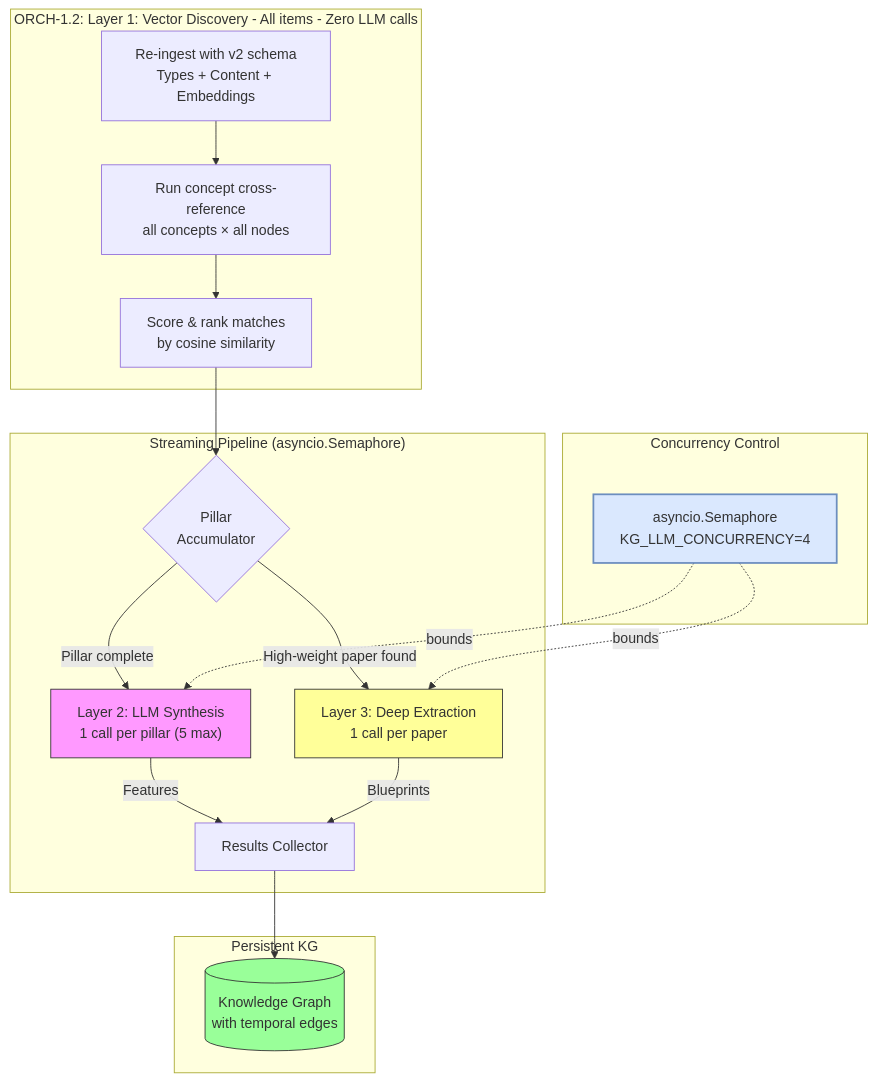
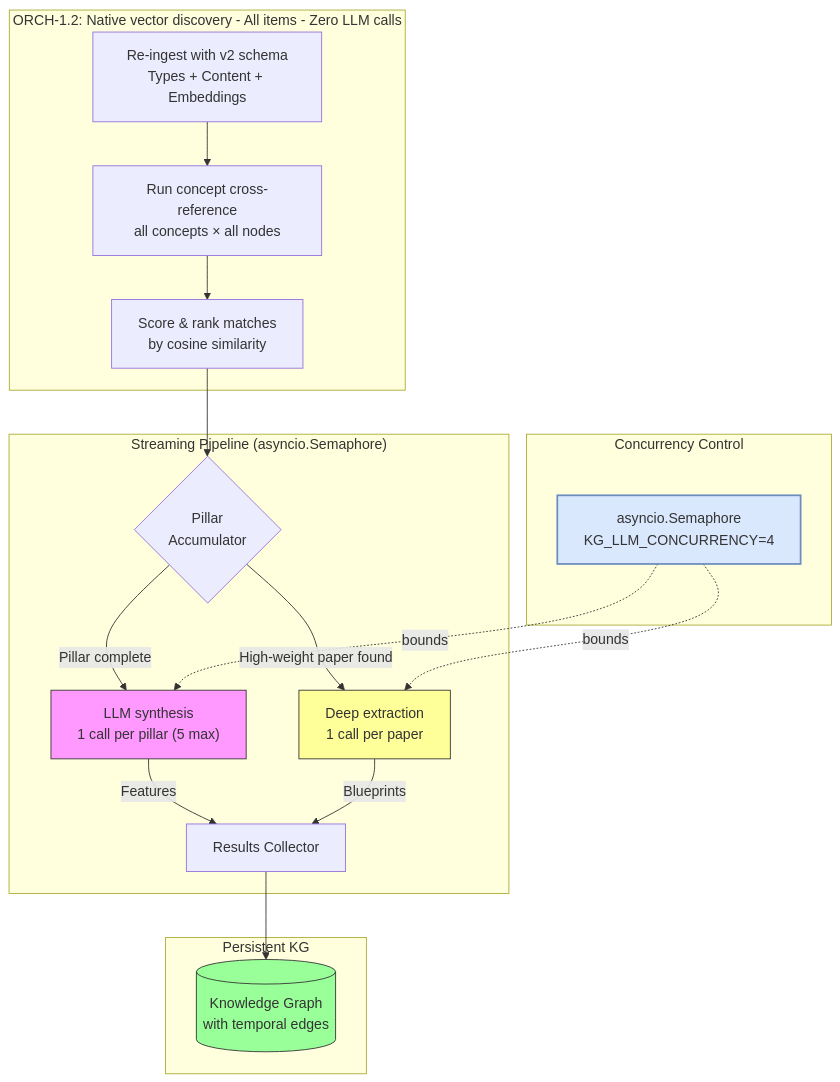
Before and after one commit to Knuckles-Team/agent-utilities: the diagram in docs/architecture/layered_analysis_architecture.md, drawn with Mermaid. The commit also changed other lines of this file and 3818 other files, not shown here.

````diff
--- a/docs/architecture/layered_analysis_architecture.md
+++ b/docs/architecture/layered_analysis_architecture.md
@@ -11,31 +11,31 @@
 ```mermaid
 graph TD
-    subgraph "ORCH-1.2: Layer 1: Vector Discovery - All items - Zero LLM calls"
+    subgraph "ORCH-1.2: Native vector discovery - All items - Zero LLM calls"
         A["Re-ingest with v2 schema<br/>Types + Content + Embeddings"] --> B["Run concept cross-reference<br/>all concepts × all nodes"]
         B --> C["Score & rank matches<br/>by cosine similarity"]
     end
 
     subgraph "Streaming Pipeline (asyncio.Semaphore)"
         C --> ACC{"Pillar<br/>Accumulator"}
 
-        ACC -->|"Pillar complete"| L2["Layer 2: LLM Synthesis<br/>1 call per pillar (5 max)"]
-        ACC -->|"High-weight paper found"| L3["Layer 3: Deep Extraction<br/>1 call per paper"]
+        ACC -->|"Pillar complete"| SYN["LLM synthesis<br/>1 call per pillar (5 max)"]
+        ACC -->|"High-weight paper found"| DEEP["Deep extraction<br/>1 call per paper"]
 
-        L2 --> |"Features"| OUT["Results Collector"]
-        L3 --> |"Blueprints"| OUT
+        SYN --> |"Features"| OUT["Results Collector"]
+        DEEP --> |"Blueprints"| OUT
     end
 
     subgraph "Concurrency Control"
-        SEM["asyncio.Semaphore<br/>KG_LLM_CONCURRENCY=4"] -.->|"bounds"| L2
-        SEM -.->|"bounds"| L3
+        SEM["asyncio.Semaphore<br/>KG_LLM_CONCURRENCY=4"] -.->|"bounds"| SYN
+        SEM -.->|"bounds"| DEEP
     end
 
     subgraph "Persistent KG"
         OUT --> L[("Knowledge Graph<br/>with temporal edges")]
     end
 
-    style L2 fill:#f9f,stroke:#333
-    style L3 fill:#ff9,stroke:#333
+    style SYN fill:#f9f,stroke:#333
+    style DEEP fill:#ff9,stroke:#333
     style L fill:#9f9,stroke:#333
     style SEM fill:#dae8fe,stroke:#6c8ebf,stroke-width:2px
 ```
````
